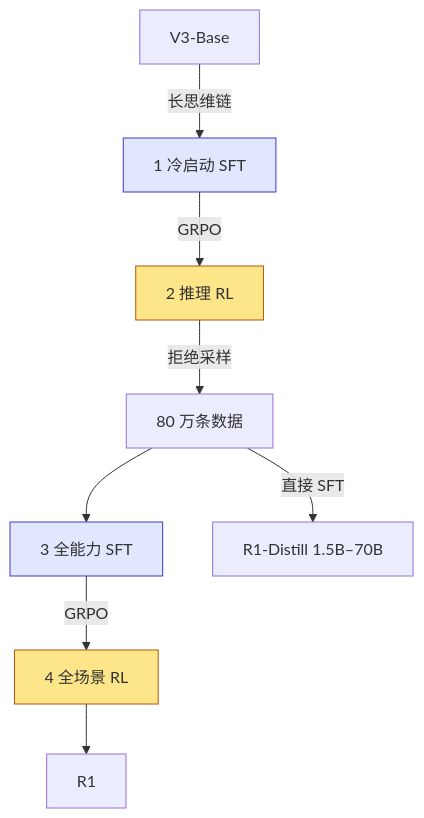
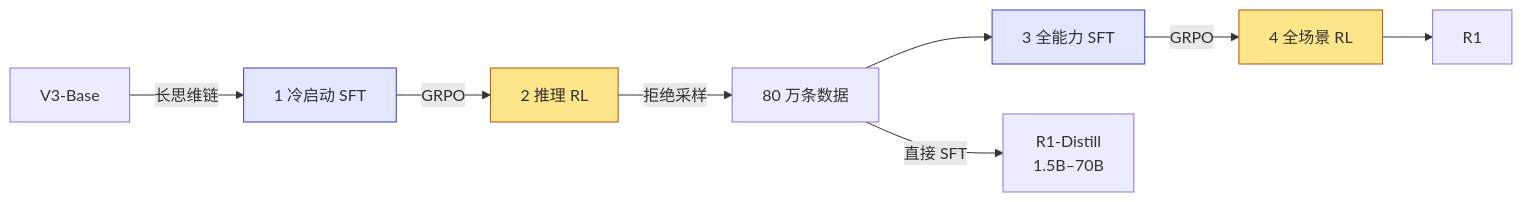
One commit to arganzheng/arganzheng.github.com changed the sixth of 7 diagrams in slides/2026-04-23-post-training.md. Above: the diagram before and after it, drawn with Mermaid. The commit also changed other lines of this file, not shown here.

Commit message:
slides(2026-04-23-post-training): 图内文字 ≥14px——标签缩短/拆分/Unicode 数学

````diff
--- a/slides/2026-04-23-post-training.md
+++ b/slides/2026-04-23-post-training.md
@@ -198,14 +199,14 @@
 ```mermaid
 %%{init: {"flowchart": {"wrappingWidth": 210}}}%%
-flowchart TB
+flowchart LR
     B["V3-Base"] -->|"长思维链"| S1["1 冷启动 SFT"]
     S1 -->|"GRPO"| S2["2 推理 RL"]
     S2 -->|"拒绝采样"| D["80 万条数据"]
     D --> S3["3 全能力 SFT"]
     S3 -->|"GRPO"| S4["4 全场景 RL"] --> R1["R1"]
-    D -->|"直接 SFT"| DIST["R1-Distill 1.5B–70B"]
+    D -->|"直接 SFT"| DIST["R1-Distill<br/>1.5B–70B"]
     classDef rl fill:#fde68a,stroke:#b45309
     classDef sft fill:#e0e7ff,stroke:#4338ca
     class S2,S4 rl
     class S1,S3 sft
 ```
````
